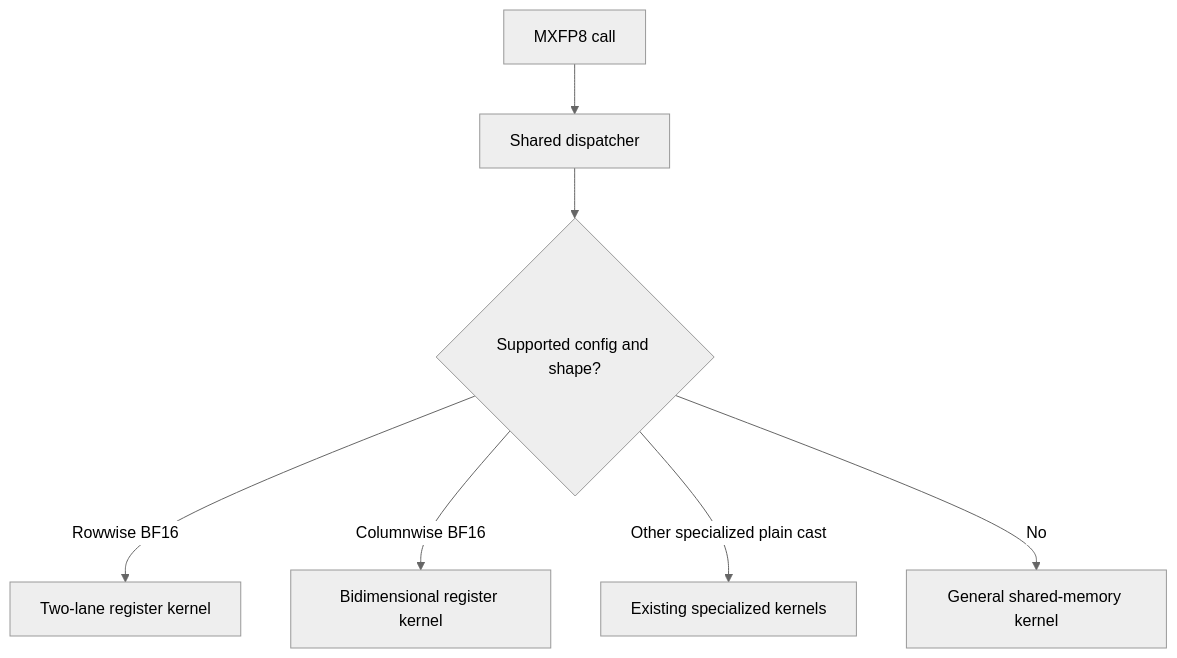
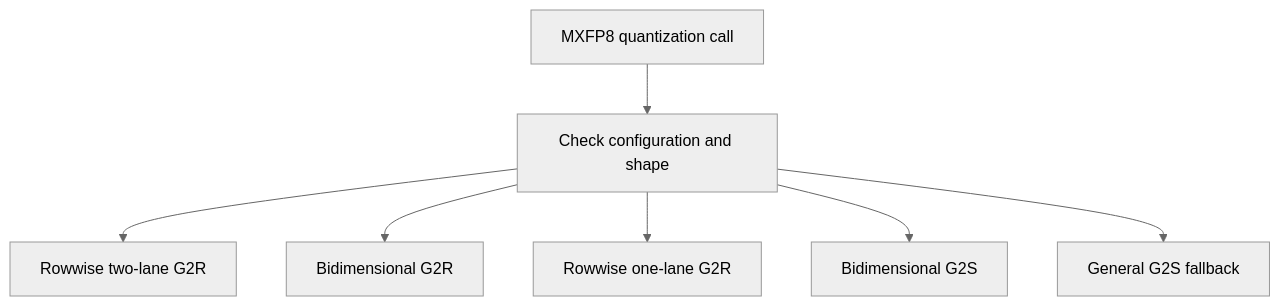
One commit to yuguo-Jack/HCU-TrainFlow changed the diagram in knowledge/projects/transformer-engine/knowledgebase/upstream/prs/NVIDIA--TransformerEngine/PR-3642.md. Above: the diagram before and after it, drawn with Mermaid. The commit also changed other lines of this file and 42044 other files, not shown here.

````diff
--- a/knowledge/projects/transformer-engine/knowledgebase/upstream/prs/NVIDIA--TransformerEngine/PR-3642.md
+++ b/knowledge/projects/transformer-engine/knowledgebase/upstream/prs/NVIDIA--TransformerEngine/PR-3642.md
@@ -134,10 +206,10 @@
 ```mermaid
 %%{init: {'theme': 'neutral'}}%%
 flowchart TD
-  A[MXFP8 call] --> B[Shared dispatcher]
-  B --> C{Supported config and shape?}
-  C -->|Rowwise BF16| D[Two-lane register kernel]
-  C -->|Columnwise BF16| E[Bidimensional register kernel]
-  C -->|Other specialized plain cast| F[Existing specialized kernels]
-  C -->|No| G[General shared-memory kernel]
+  A[MXFP8 quantization call] --> B[Check configuration and shape]
+  B --> C[Rowwise two-lane G2R]
+  B --> D[Bidimensional G2R]
+  B --> E[Rowwise one-lane G2R]
+  B --> F[Bidimensional G2S]
+  B --> G[General G2S fallback]
 ```
````
